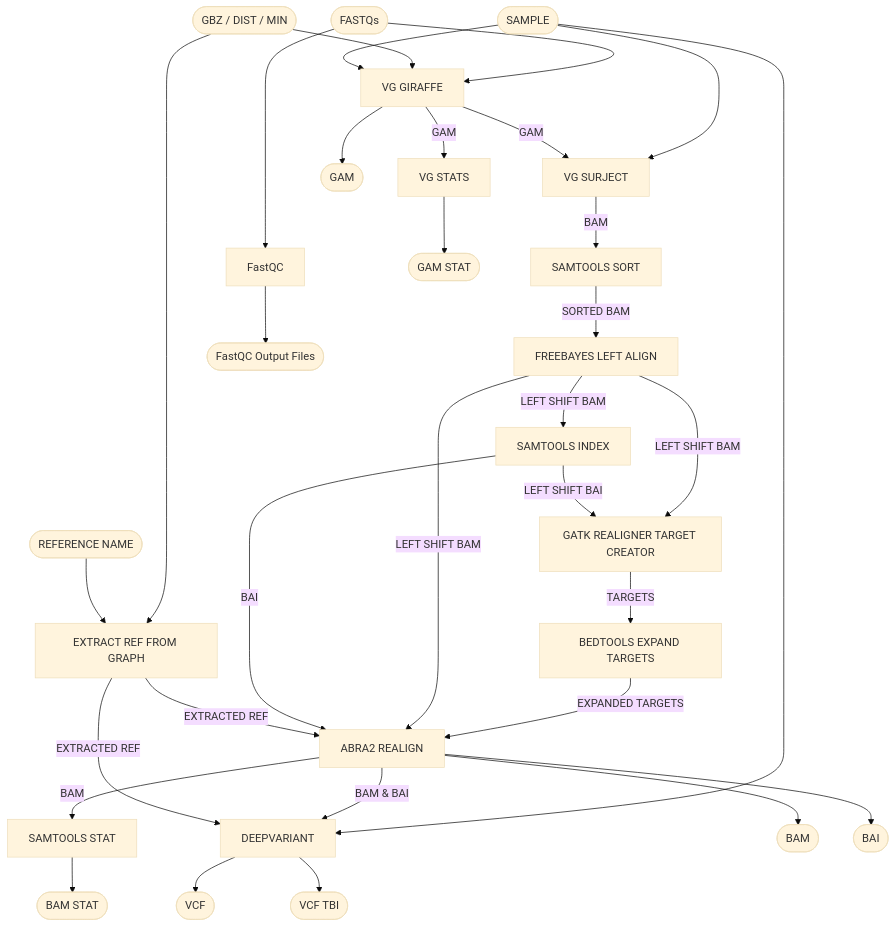
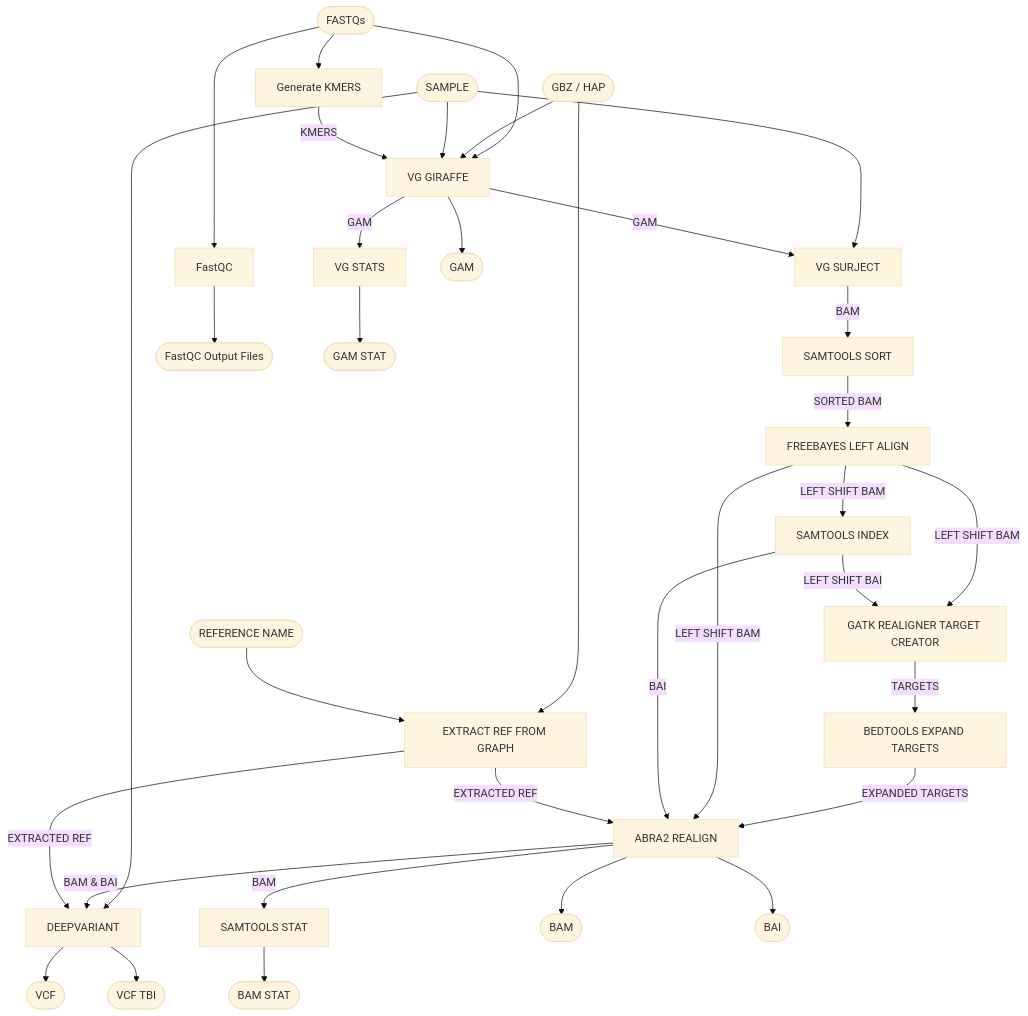
Before and after one commit to twlab/cig-pipelines: the diagram in wdl/pipelines/pangenome/wgs.doc.md, drawn with Mermaid (base theme). The commit also changed other lines of this file, not shown here.

````diff
--- a/wdl/pipelines/pangenome/wgs.doc.md
+++ b/wdl/pipelines/pangenome/wgs.doc.md
@@ -6,41 +6,42 @@
 ```mermaid
 flowchart TB;
   i1([FASTQs]);
-  i2([GBZ / DIST / MIN]);
+  i2([GBZ / HAP]);
   i3([SAMPLE])
   i4([REFERENCE NAME])
 
   s0[FastQC]
+  s01[Generate KMERS]
   s1[VG GIRAFFE];
   s2[VG STATS];
   s3[EXTRACT REF FROM GRAPH];
   s4[VG SURJECT];
   s5[SAMTOOLS SORT];
   s6[FREEBAYES LEFT ALIGN];
   s7[SAMTOOLS INDEX];
   s8[GATK REALIGNER TARGET CREATOR];
   s9[BEDTOOLS EXPAND TARGETS];
   s10[ABRA2 REALIGN];
   s11[DEEPVARIANT];
   s12[SAMTOOLS STAT];
 
   o0([FastQC Output Files])
   o1([GAM])
   o2([GAM STAT])
   o3([BAM])
   o4([BAI])
   o5([BAM STAT])
   o6([VCF])
   o7([VCF TBI])
 
   i1---->s0;
-  i1-->s1; i2-->s1; i3-->s1; i3-->s4; i3-->s11;
-  s1--GAM-->s2;
+  i1-->s01; i1-->s1; i2-->s1; i3-->s1; i3-->s4; i3-->s11;
+  s01--KMERS-->s1; s1--GAM-->s2;
   s1--GAM-->s4--BAM-->s5--SORTED BAM-->s6--LEFT SHIFT BAM-->s8--TARGETS-->s9--EXPANDED TARGETS-->s10--BAM & BAI-->s11;
   s6--LEFT SHIFT BAM-->s10;
   s6--LEFT SHIFT BAM-->s7--BAI-->s10; s7--LEFT SHIFT BAI-->s8;
   s10--BAM-->s12;
   i2-->s3; i4-->s3; s3--EXTRACTED REF-->s10; s3--EXTRACTED REF-->s11;
 
   s0-->o0; s1-->o1; s2-->o2; s10-->o3; s10-->o4; s12-->o5; s11-->o6; s11-->o7;
 ```
````
